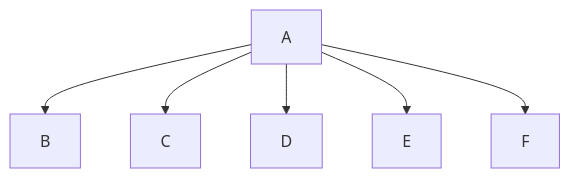
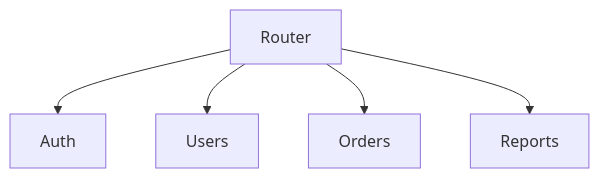
Before and after one commit to wahidyankf/ose-primer: the first of 4 diagrams in plans/in-progress/2026-04-25__fix-mermaid-violations/tech-docs.md, drawn with Mermaid. The commit also changed other lines of this file, not shown here.

````diff
--- a/plans/in-progress/2026-04-25__fix-mermaid-violations/tech-docs.md
+++ b/plans/in-progress/2026-04-25__fix-mermaid-violations/tech-docs.md
@@ -30,8 +134,7 @@
 ```mermaid
 graph TD
-    A --> B
-    A --> C
-    A --> D
-    A --> E
-    A --> F
+    Router --> Auth
+    Router --> Users
+    Router --> Orders
+    Router --> Reports
 ```
````
